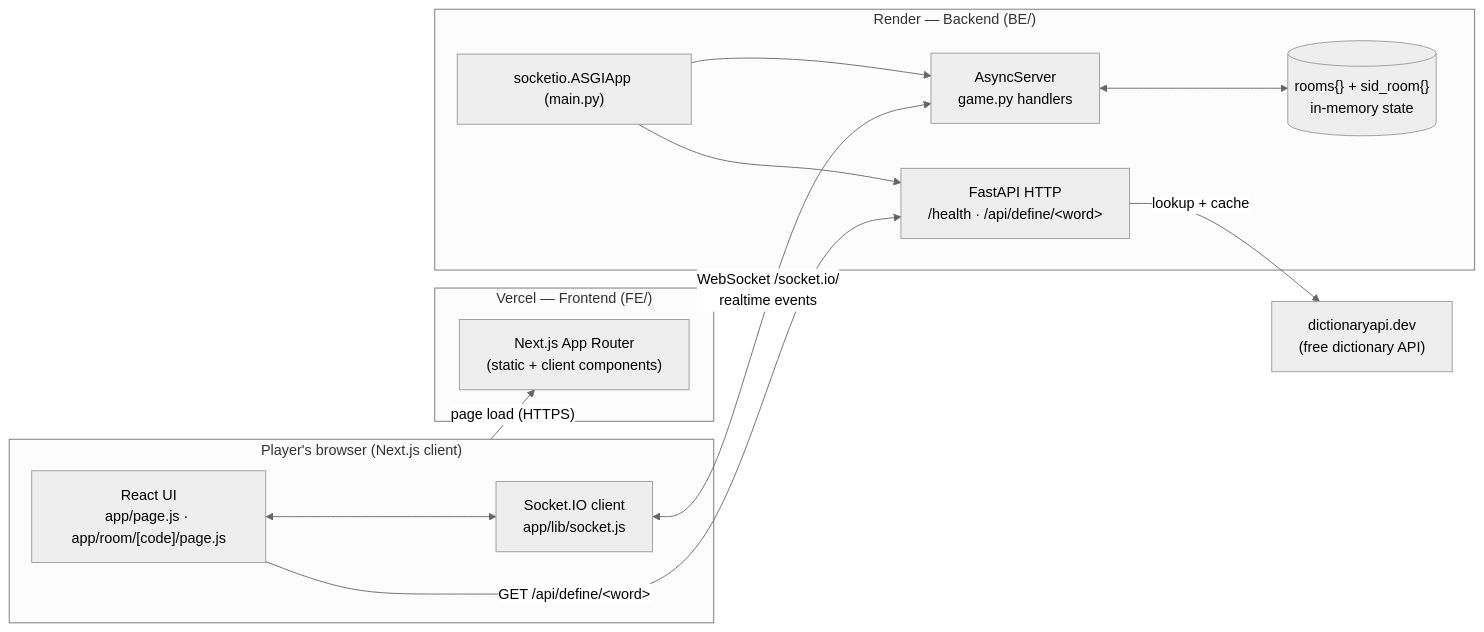
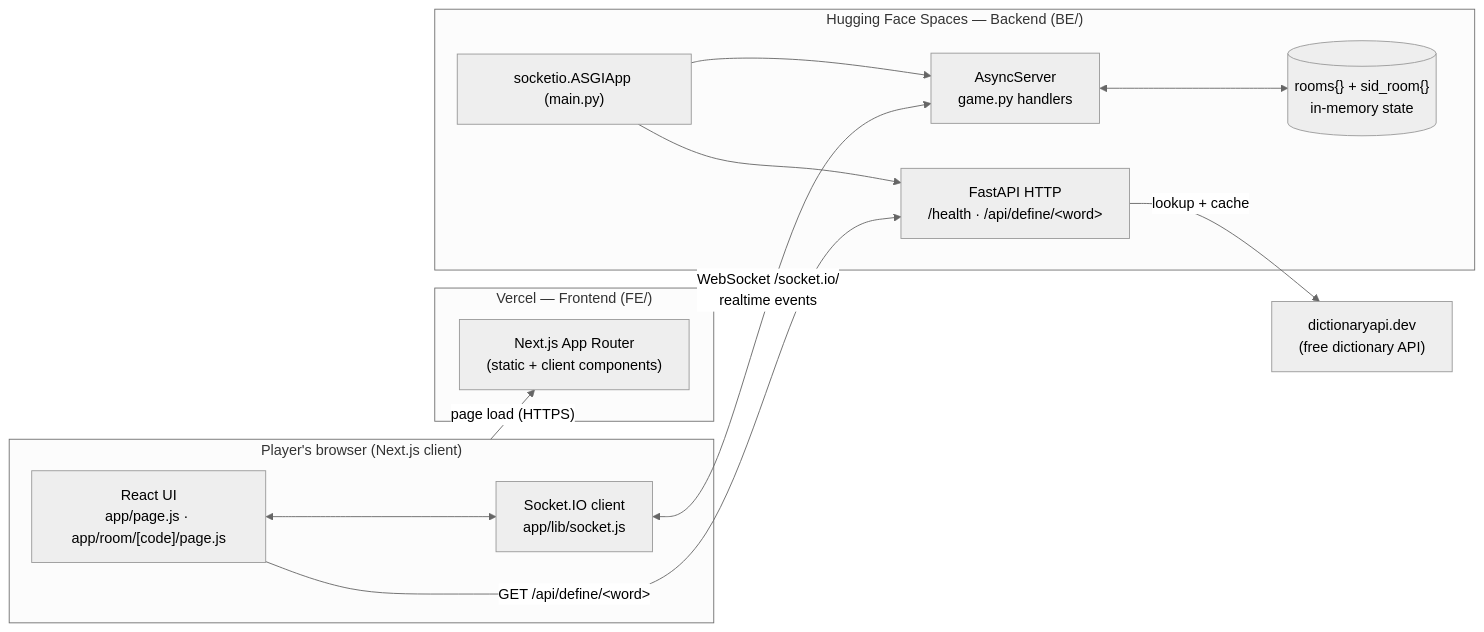
Before and after one commit to anish-sharan/multiplayer-wordle: the first of 6 diagrams in ARCHITECTURE.md, drawn with Mermaid (neutral theme). The commit also changed other lines of this file, not shown here.

Commit message:
Fix - architecture

````diff
--- a/ARCHITECTURE.md
+++ b/ARCHITECTURE.md
@@ -32,29 +32,29 @@
 ```mermaid
 flowchart LR
     subgraph Browser["Player's browser (Next.js client)"]
         UI["React UI<br/>app/page.js · app/room/[code]/page.js"]
         SOCK["Socket.IO client<br/>app/lib/socket.js"]
         UI <--> SOCK
     end
 
     subgraph Vercel["Vercel — Frontend (FE/)"]
         NEXT["Next.js App Router<br/>(static + client components)"]
     end
 
-    subgraph Render["Render — Backend (BE/)"]
+    subgraph HFSpaces["Hugging Face Spaces — Backend (BE/)"]
         ASGI["socketio.ASGIApp (main.py)"]
         SIO["AsyncServer<br/>game.py handlers"]
         API["FastAPI HTTP<br/>/health · /api/define/&lt;word&gt;"]
         ROOMS[("rooms{} + sid_room{}<br/>in-memory state")]
         ASGI --> SIO
         ASGI --> API
         SIO <--> ROOMS
     end
 
     DICT["dictionaryapi.dev<br/>(free dictionary API)"]
 
     Browser -->|"page load (HTTPS)"| NEXT
     SOCK <-->|"WebSocket /socket.io/<br/>realtime events"| SIO
     UI -->|"GET /api/define/&lt;word&gt;"| API
     API -->|"lookup + cache"| DICT
 ```
````
